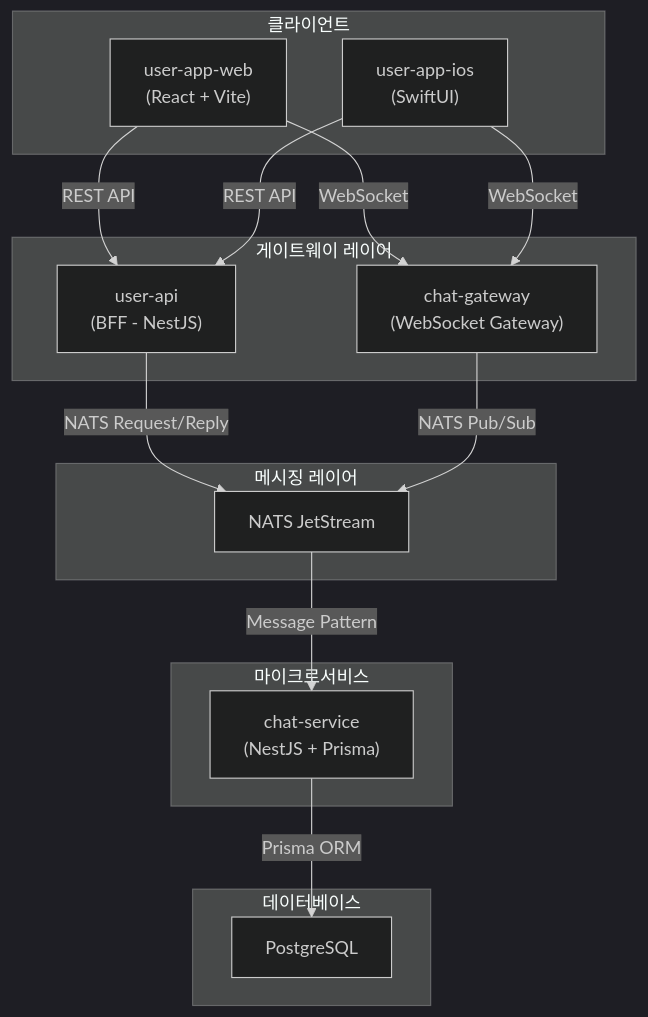
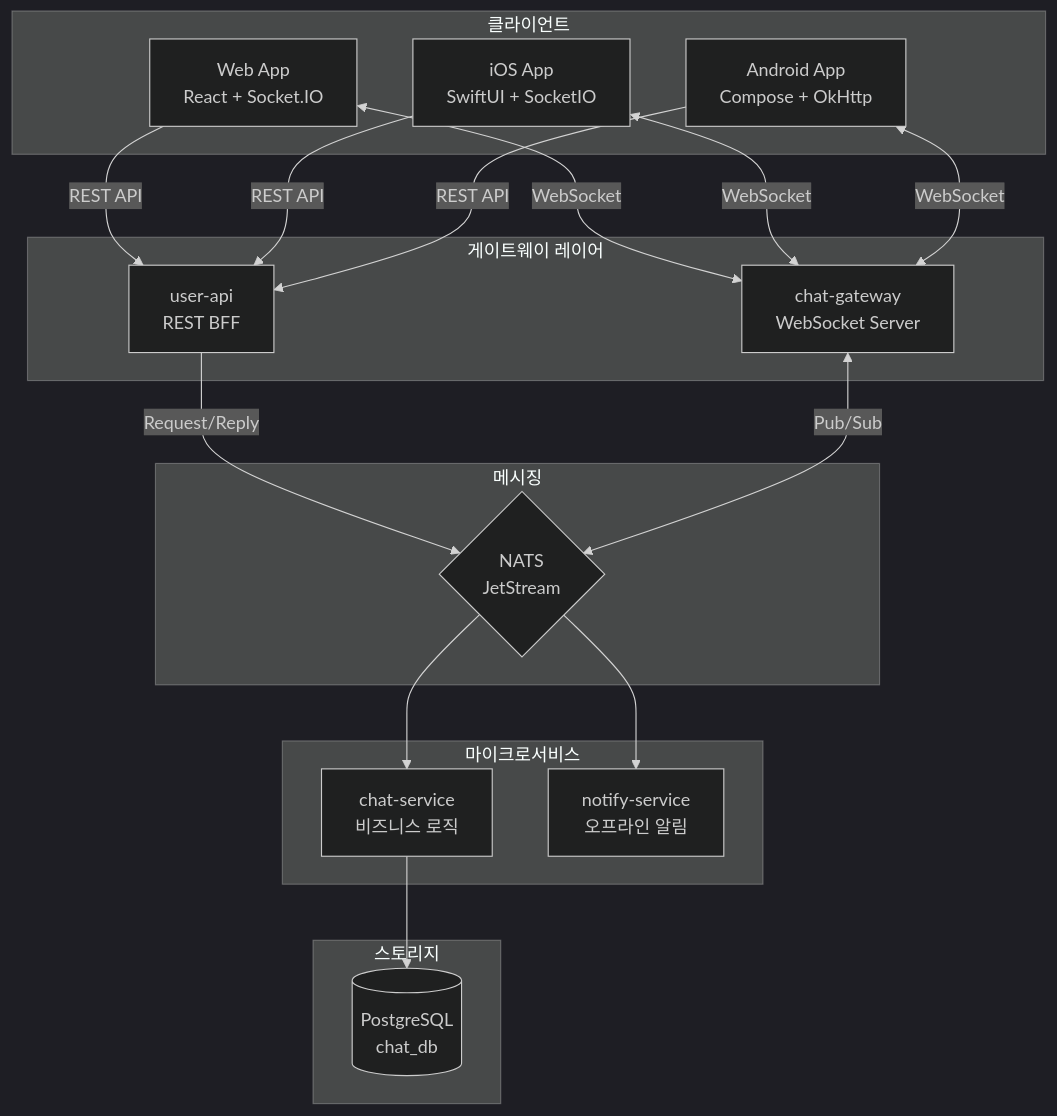
Before and after one commit to uniyous/parkgolf-platform: the third of 28 diagrams in docs/CHAT_WORKFLOW.md, drawn with Mermaid (dark theme). The commit also changed other lines of this file and 2 other files, not shown here.

First line of the commit message:
refactor(user-app-ios): AppDelegate를 ParkGolfApp.swift에 통합 및 docs 업데이트

````diff
--- a/docs/CHAT_WORKFLOW.md
+++ b/docs/CHAT_WORKFLOW.md
@@ -19,35 +74,36 @@
 ```mermaid
 flowchart TB
     subgraph Clients["클라이언트"]
-        WEB["user-app-web<br/>(React + Vite)"]
-        IOS["user-app-ios<br/>(SwiftUI)"]
+        WEB[Web App<br/>React + Socket.IO]
+        IOS[iOS App<br/>SwiftUI + SocketIO]
+        AND[Android App<br/>Compose + OkHttp]
     end
 
     subgraph Gateway["게이트웨이 레이어"]
-        BFF["user-api<br/>(BFF - NestJS)"]
-        WSG["chat-gateway<br/>(WebSocket Gateway)"]
+        BFF[user-api<br/>REST BFF]
+        WSG[chat-gateway<br/>WebSocket Server]
     end
 
-    subgraph Messaging["메시징 레이어"]
-        NATS["NATS JetStream"]
+    subgraph Messaging["메시징"]
+        NATS{NATS<br/>JetStream}
     end
 
     subgraph Services["마이크로서비스"]
-        CHAT["chat-service<br/>(NestJS + Prisma)"]
+        CHAT[chat-service<br/>비즈니스 로직]
+        NOTIFY[notify-service<br/>오프라인 알림]
     end
 
-    subgraph Database["데이터베이스"]
-        PG["PostgreSQL"]
+    subgraph Storage["스토리지"]
+        DB[(PostgreSQL<br/>chat_db)]
     end
 
-    WEB -->|REST API| BFF
-    IOS -->|REST API| BFF
-    WEB -->|WebSocket| WSG
-    IOS -->|WebSocket| WSG
+    WEB & IOS & AND -->|REST API| BFF
+    WEB & IOS & AND <-->|WebSocket| WSG
 
-    BFF -->|NATS Request/Reply| NATS
-    WSG -->|NATS Pub/Sub| NATS
+    BFF -->|Request/Reply| NATS
+    WSG <-->|Pub/Sub| NATS
 
-    NATS -->|Message Pattern| CHAT
-    CHAT -->|Prisma ORM| PG
+    NATS --> CHAT
+    NATS --> NOTIFY
+    CHAT --> DB
 ```
````
